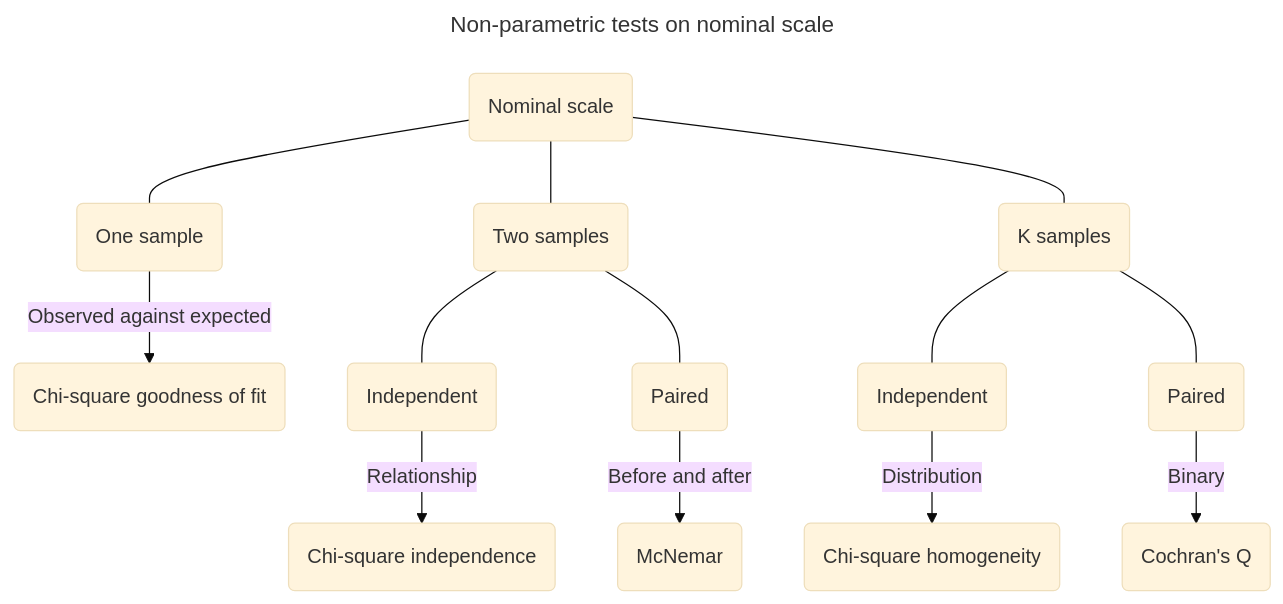
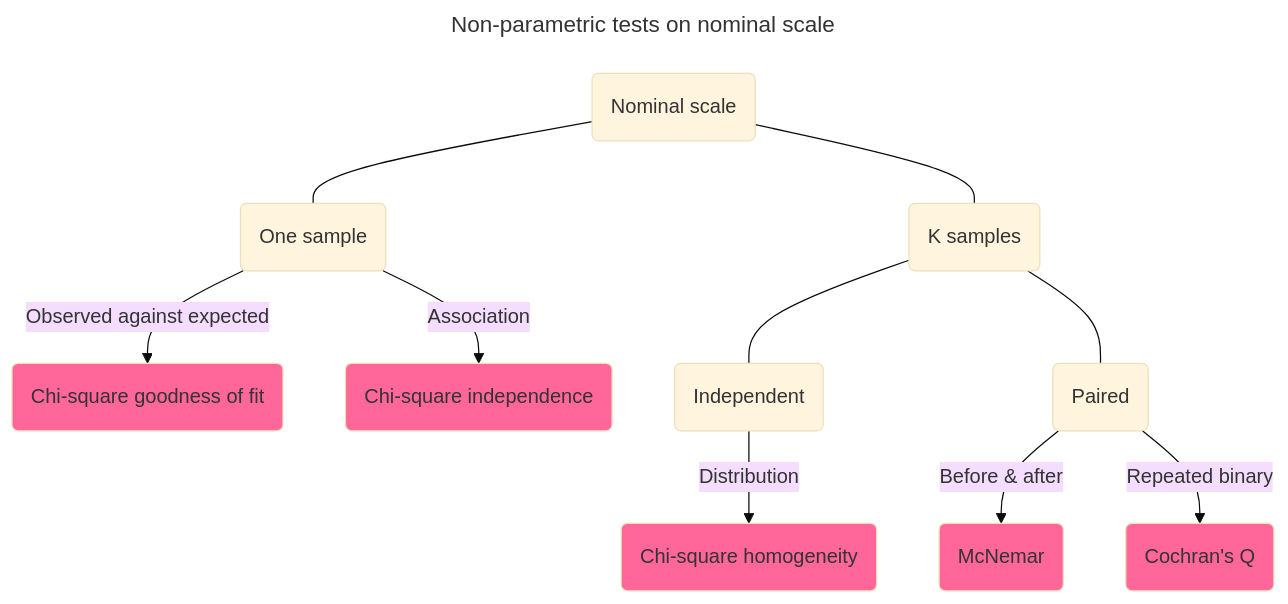
The second of 3 diagrams in 24_05_maths_statistics_analytics.md (x-square/data_analytics), drawn with Mermaid (base theme) before and after one commit. The commit also changed other lines of this file, not shown here.

````diff
--- a/24_05_maths_statistics_analytics.md
+++ b/24_05_maths_statistics_analytics.md
@@ -2115,11 +2115,20 @@
 ```mermaid
 ---
 title: Non-parametric tests on nominal scale
 ---
 graph TD
-    A1(Nominal scale) --- B1(One sample) -- Observed against expected --> C1(Chi-square goodness of fit)
-    A1 --- B2(Two samples) --- C2(Independent) -- Relationship --> D1(Chi-square independence)
-    B2 --- C3(Paired) -- Before and after --> D2(McNemar) 
-    A1 --- B3(K samples) --- C4(Independent) -- Distribution --> D3(Chi-square homogeneity)
-    B3 --- C5(Paired) -- Binary --> D4(Cochran's Q)
+    A1(Nominal scale) --- B1(One sample)
+    B1 -- Observed against expected --> C1(Chi-square goodness of fit)
+    B1 -- Association --> C2(Chi-square independence)
+    A1 --- B3(K samples)
+    B3 ---D1(Independent) -- Distribution --> E1(Chi-square homogeneity)
+    B3 --- D2(Paired) -- Before & after --> E2(McNemar)
+    D2 -- Repeated binary --> E3(Cochran's Q)
+
+    %% Style (Colour-coding)
+    style C1 fill:#f69
+    style C2 fill:#f69
+    style E1 fill:#f69
+    style E2 fill:#f69
+    style E3 fill:#f69
 ```
````
